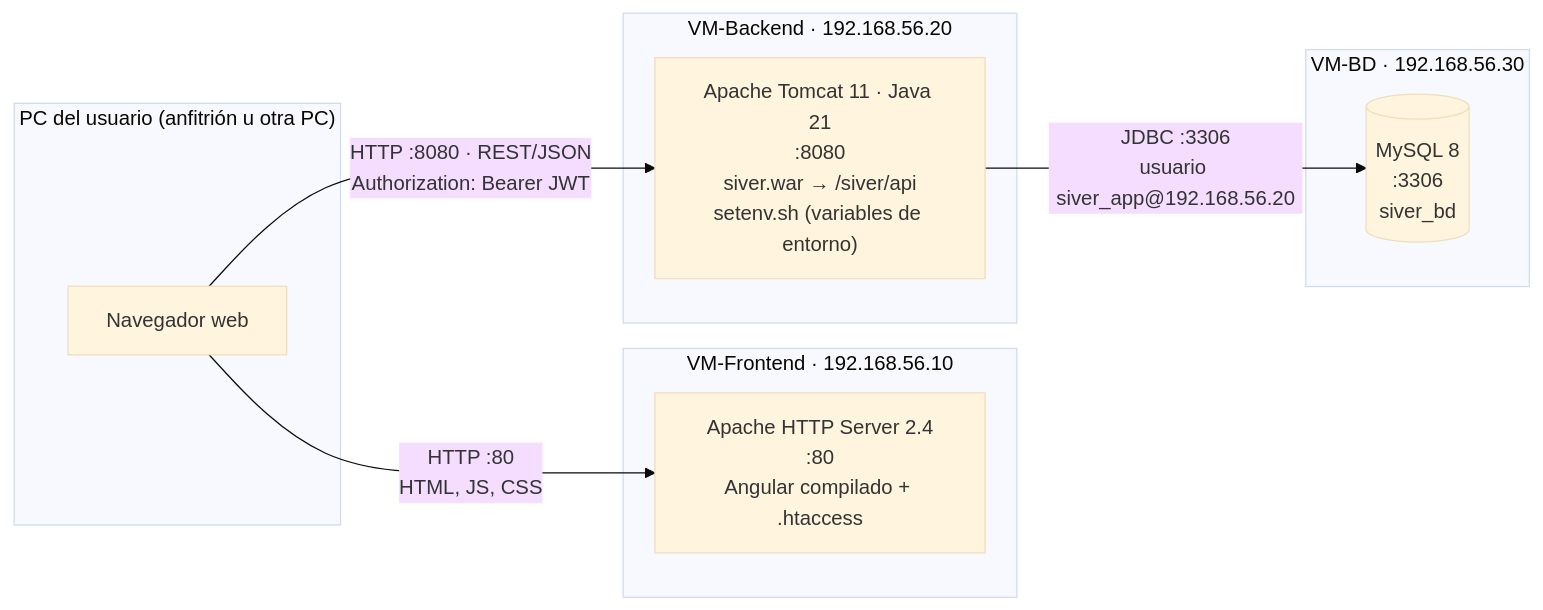
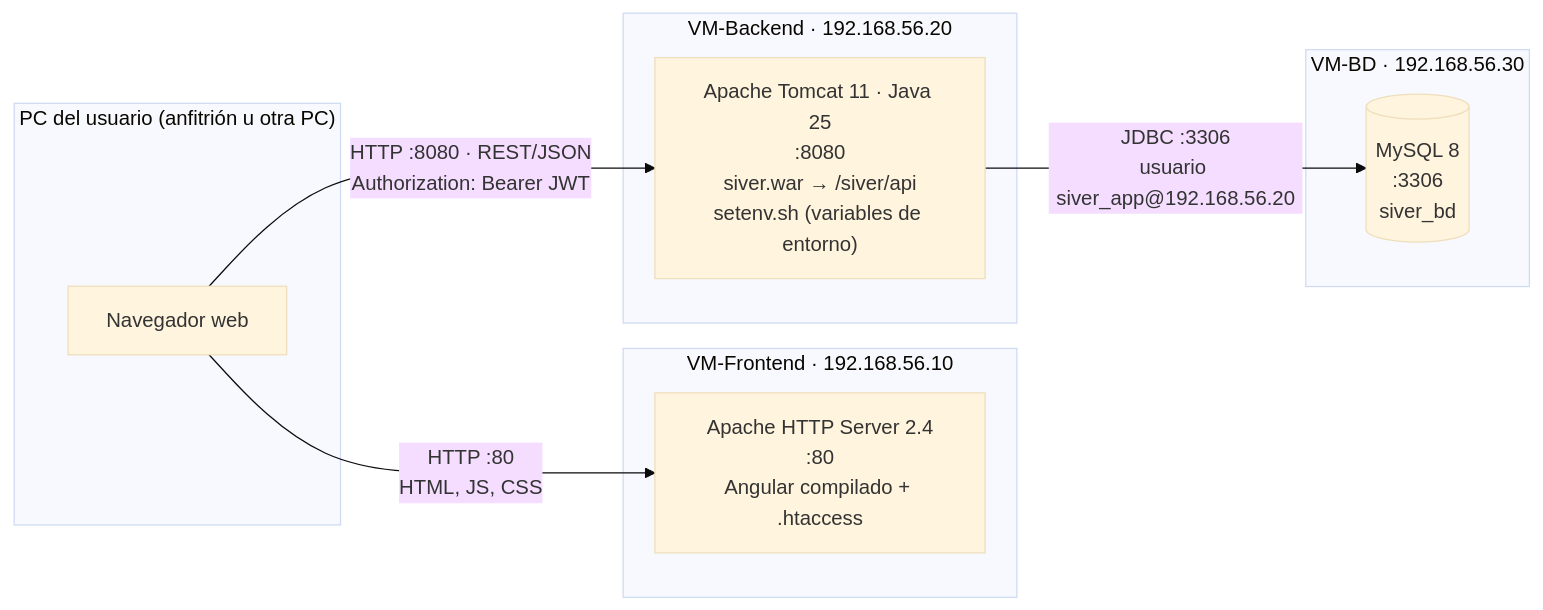
One commit to 758025597/siver-backend changed the first of 2 diagrams in despliegue/README.md. Above: the diagram before and after it, drawn with Mermaid (base theme). The commit also changed other lines of this file and 3 other files, not shown here.

````diff
--- a/despliegue/README.md
+++ b/despliegue/README.md
@@ -21,22 +21,22 @@
 ```mermaid
 flowchart LR
     subgraph PC["PC del usuario (anfitrión u otra PC)"]
         NAV["Navegador web"]
     end
 
     subgraph VMF["VM-Frontend · 192.168.56.10"]
         APACHE["Apache HTTP Server 2.4<br/>:80<br/>Angular compilado + .htaccess"]
     end
 
     subgraph VMB["VM-Backend · 192.168.56.20"]
-        TOMCAT["Apache Tomcat 11 · Java 21<br/>:8080<br/>siver.war → /siver/api<br/>setenv.sh (variables de entorno)"]
+        TOMCAT["Apache Tomcat 11 · Java 25<br/>:8080<br/>siver.war → /siver/api<br/>setenv.sh (variables de entorno)"]
     end
 
     subgraph VMD["VM-BD · 192.168.56.30"]
         MYSQL[("MySQL 8<br/>:3306<br/>siver_bd")]
     end
 
     NAV -- "HTTP :80<br/>HTML, JS, CSS" --> APACHE
     NAV -- "HTTP :8080 · REST/JSON<br/>Authorization: Bearer JWT" --> TOMCAT
     TOMCAT -- "JDBC :3306<br/>usuario siver_app@192.168.56.20" --> MYSQL
 ```
````
